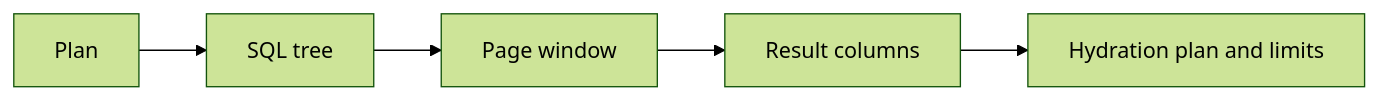
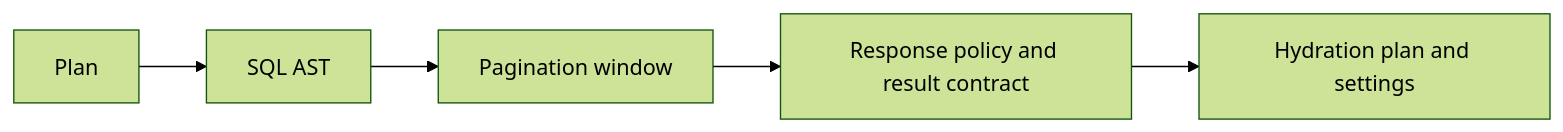
Before and after one commit to gitlabhq/orbit-knowledge-graph: the eighth of 26 diagrams in docs/pages/engineering/architecture/query-engine.md, drawn with Mermaid (forest theme). The commit also changed other lines of this file and 2 other files, not shown here.

Commit message:
docs(architecture): tighten the querying pages and add the engine walkthrough

````diff
--- a/docs/pages/engineering/architecture/query-engine.md
+++ b/docs/pages/engineering/architecture/query-engine.md
@@ -124,7 +233,7 @@
 ```mermaid
 flowchart LR
-    Plan --> Tree[SQL tree]
-    Tree --> Page[Page window]
-    Page --> Shape[Result columns]
-    Shape --> Extras[Hydration plan and limits]
+    Plan --> AST[SQL AST]
+    AST --> Page[Pagination window]
+    Page --> Shape[Response policy and result contract]
+    Shape --> Extras[Hydration plan and settings]
 ```
````
